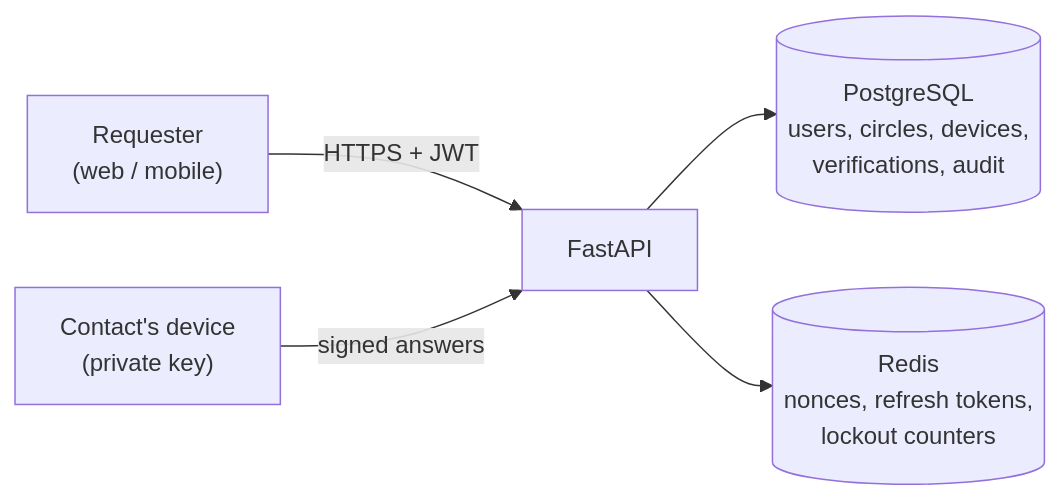
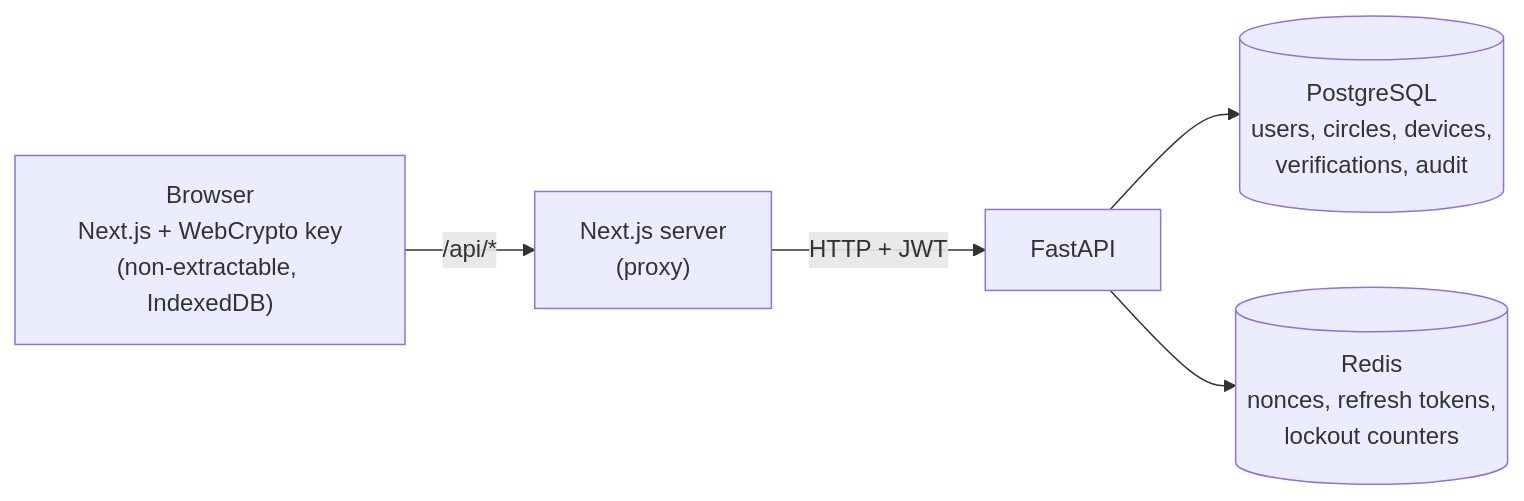
One commit to houssembalbali1234/echoshield changed the second of 2 diagrams in README.md. Above: the diagram before and after it, drawn with Mermaid. The commit also changed other lines of this file and 1 other file, not shown here.

Commit message:
README : application web, clés WebCrypto, guide de test et limites connues

````diff
--- a/README.md
+++ b/README.md
@@ -58,7 +60,7 @@
 ```mermaid
 flowchart LR
-    P["Requester<br/>(web / mobile)"] -->|HTTPS + JWT| API["FastAPI"]
-    D["Contact's device<br/>(private key)"] -->|signed answers| API
+    B["Browser<br/>Next.js + WebCrypto key<br/>(non-extractable, IndexedDB)"] -->|/api/*| N["Next.js server<br/>(proxy)"]
+    N -->|HTTP + JWT| API["FastAPI"]
     API --> PG[("PostgreSQL<br/>users, circles, devices,<br/>verifications, audit")]
     API --> RD[("Redis<br/>nonces, refresh tokens,<br/>lockout counters")]
 ```
````
